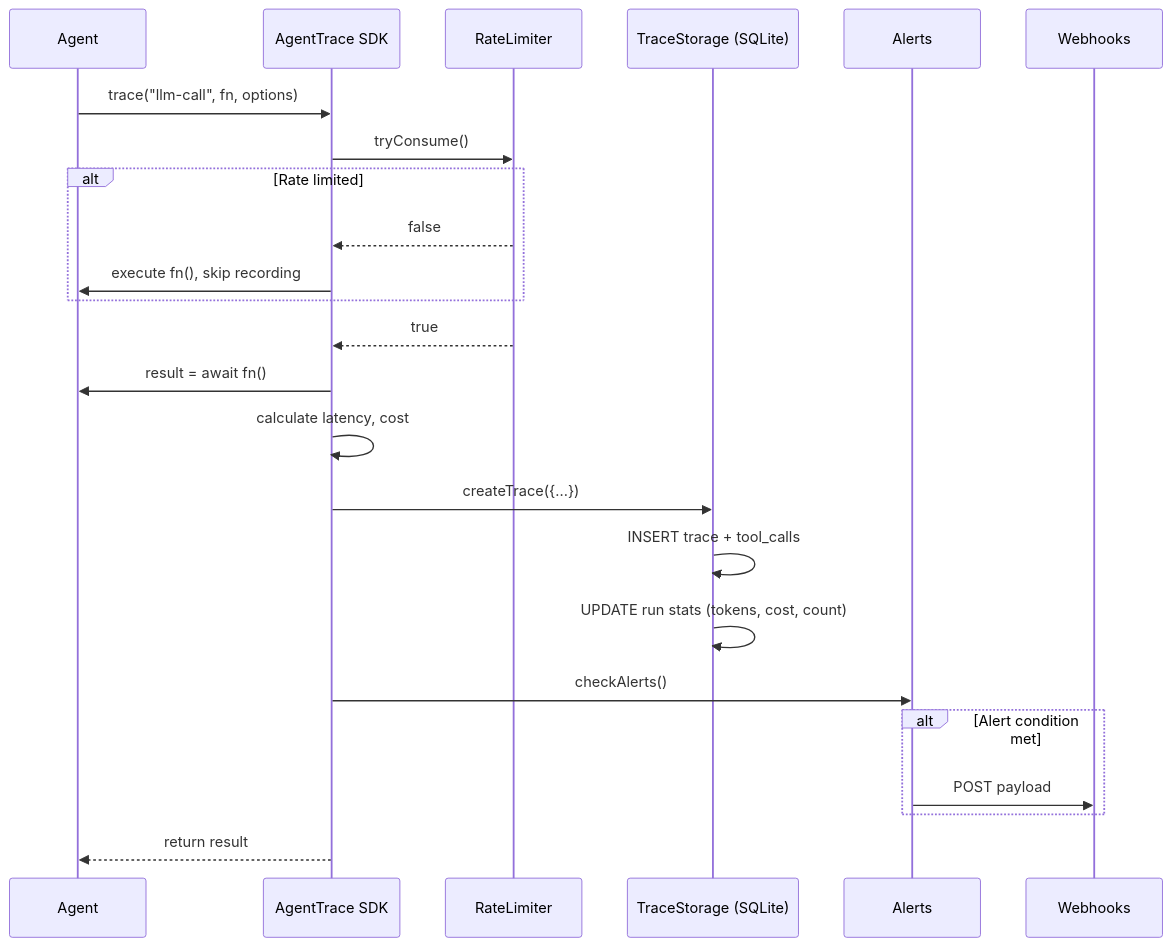
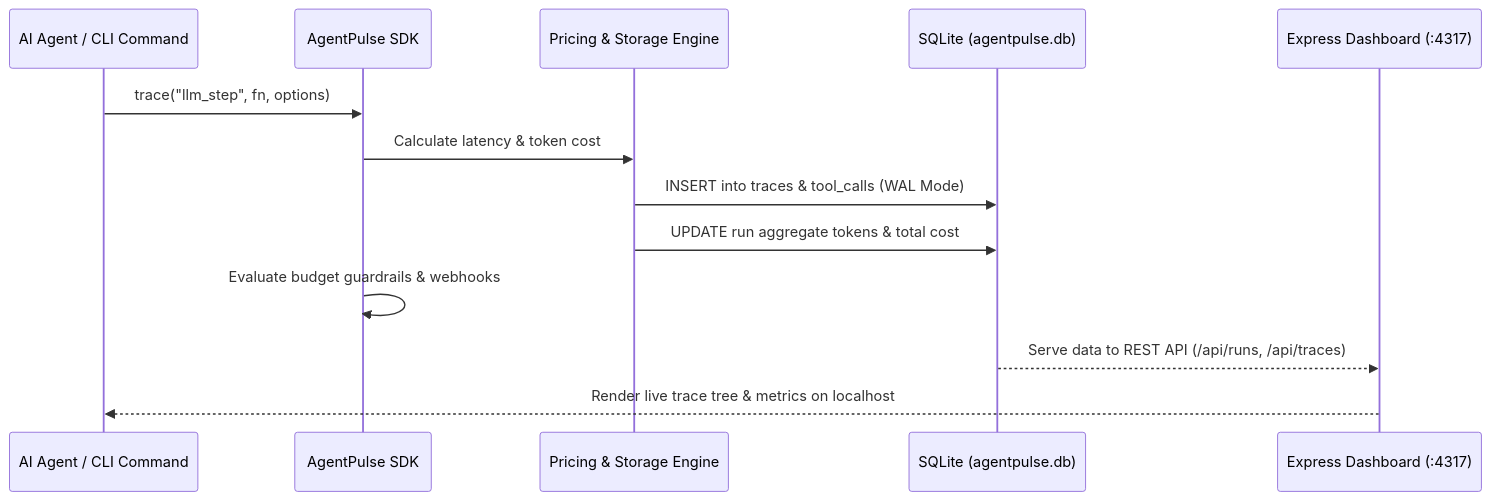
One commit to nachiket0987/agentpulse changed the second of 2 diagrams in docs/ARCHITECTURE.md. Above: the diagram before and after it, drawn with Mermaid. The commit also changed other lines of this file, not shown here.

Commit message:
docs: standardize PRD, SRS, Architecture, UI/UX, and Development Plan for AgentPulse

````diff
--- a/docs/ARCHITECTURE.md
+++ b/docs/ARCHITECTURE.md
@@ -149,27 +77,16 @@
 ```mermaid
 sequenceDiagram
-    participant Agent
-    participant SDK as AgentTrace SDK
-    participant RateLimiter
-    participant Storage as TraceStorage (SQLite)
-    participant Alerts
-    participant Webhooks
+    participant Agent as AI Agent / CLI Command
+    participant SDK as AgentPulse SDK
+    participant Engine as Pricing & Storage Engine
+    participant DB as SQLite (agentpulse.db)
+    participant UI as Express Dashboard (:4317)
 
-    Agent->>SDK: trace("llm-call", fn, options)
-    SDK->>RateLimiter: tryConsume()
-    alt Rate limited
-        RateLimiter-->>SDK: false
-        SDK->>Agent: execute fn(), skip recording
-    end
-    RateLimiter-->>SDK: true
-    SDK->>Agent: result = await fn()
-    SDK->>SDK: calculate latency, cost
-    SDK->>Storage: createTrace({...})
-    Storage->>Storage: INSERT trace + tool_calls
-    Storage->>Storage: UPDATE run stats (tokens, cost, count)
-    SDK->>Alerts: checkAlerts()
-    alt Alert condition met
-        Alerts->>Webhooks: POST payload
-    end
-    SDK-->>Agent: return result
+    Agent->>SDK: trace("llm_step", fn, options)
+    SDK->>Engine: Calculate latency & token cost
+    Engine->>DB: INSERT into traces & tool_calls (WAL Mode)
+    Engine->>DB: UPDATE run aggregate tokens & total cost
+    SDK->>SDK: Evaluate budget guardrails & webhooks
+    DB-->>UI: Serve data to REST API (/api/runs, /api/traces)
+    UI-->>Agent: Render live trace tree & metrics on localhost
 ```
````
